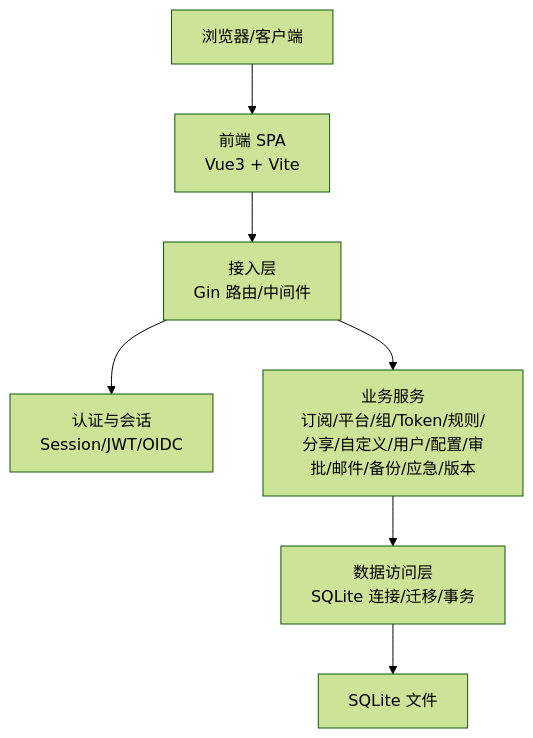
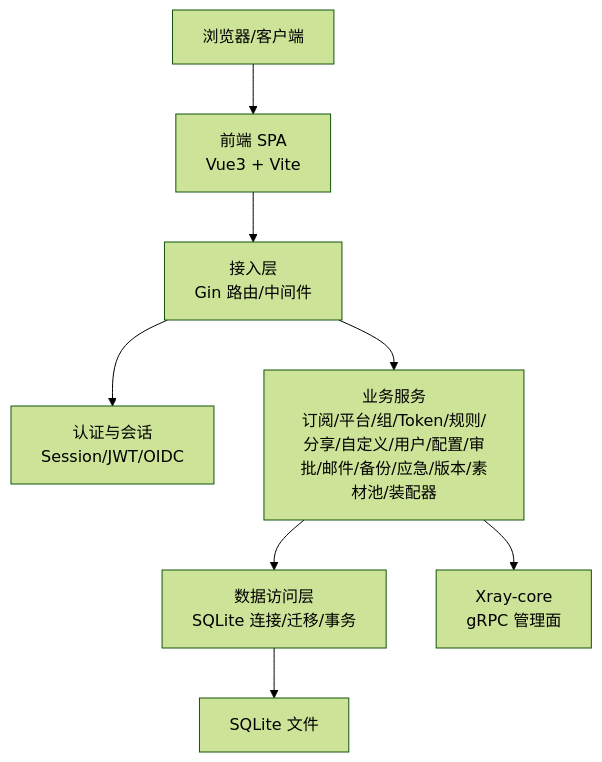
Before and after one commit to AlcaProphet/VPN-Subscription-Management: the second of 11 diagrams in .qoder/repowiki/zh/content/架构设计/架构设计.md, drawn with Mermaid (forest theme). The commit also changed other lines of this file and 109 other files, not shown here.

````diff
--- a/.qoder/repowiki/zh/content/架构设计/架构设计.md
+++ b/.qoder/repowiki/zh/content/架构设计/架构设计.md
@@ -87,16 +111,18 @@
 ```mermaid
 graph TB
 Client["浏览器/客户端"]
 FE["前端 SPA<br/>Vue3 + Vite"]
 API["接入层<br/>Gin 路由/中间件"]
 Auth["认证与会话<br/>Session/JWT/OIDC"]
-Biz["业务服务<br/>订阅/平台/组/Token/规则/分享/自定义/用户/配置/审批/邮件/备份/应急/版本"]
+Biz["业务服务<br/>订阅/平台/组/Token/规则/分享/自定义/用户/配置/审批/邮件/备份/应急/版本/素材池/装配器"]
 Store["数据访问层<br/>SQLite 连接/迁移/事务"]
 DB["SQLite 文件"]
+XRAY["Xray-core<br/>gRPC 管理面"]
 Client --> FE
 FE --> API
 API --> Auth
 API --> Biz
 Biz --> Store
 Store --> DB
+Biz --> XRAY
 ```
````
